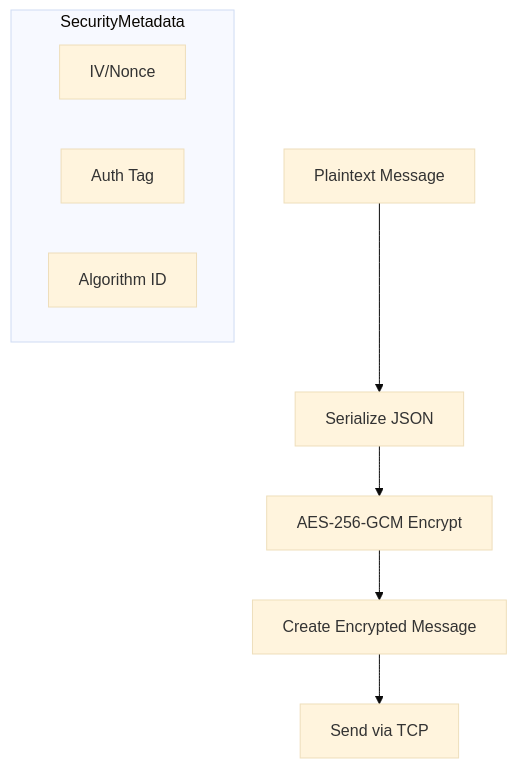
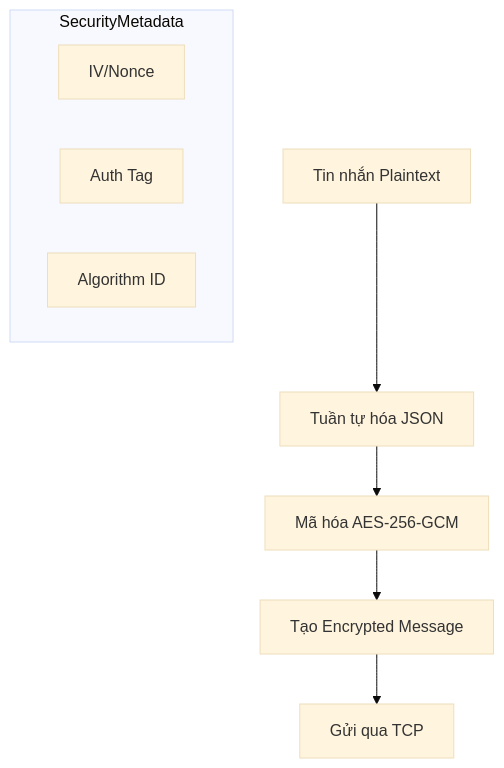
The fifth of 6 diagrams in docs/ARCHITECTURE.md (QuocVinhTrinhLam/SecureChat-System), drawn with Mermaid (base theme) before and after one commit. The commit also changed other lines of this file and 2 other files, not shown here.

````diff
--- a/docs/ARCHITECTURE.md
+++ b/docs/ARCHITECTURE.md
@@ -128,13 +128,13 @@
 ```mermaid
 flowchart TD
-    A[Plaintext Message] --> B[Serialize JSON]
-    B --> C[AES-256-GCM Encrypt]
-    C --> D[Create Encrypted Message]
-    D --> E[Send via TCP]
+    A[Tin nhắn Plaintext] --> B[Tuần tự hóa JSON]
+    B --> C[Mã hóa AES-256-GCM]
+    C --> D[Tạo Encrypted Message]
+    D --> E[Gửi qua TCP]
     
     subgraph SecurityMetadata
         F[IV/Nonce]
         G[Auth Tag]
         H[Algorithm ID]
     end
 ```
````
